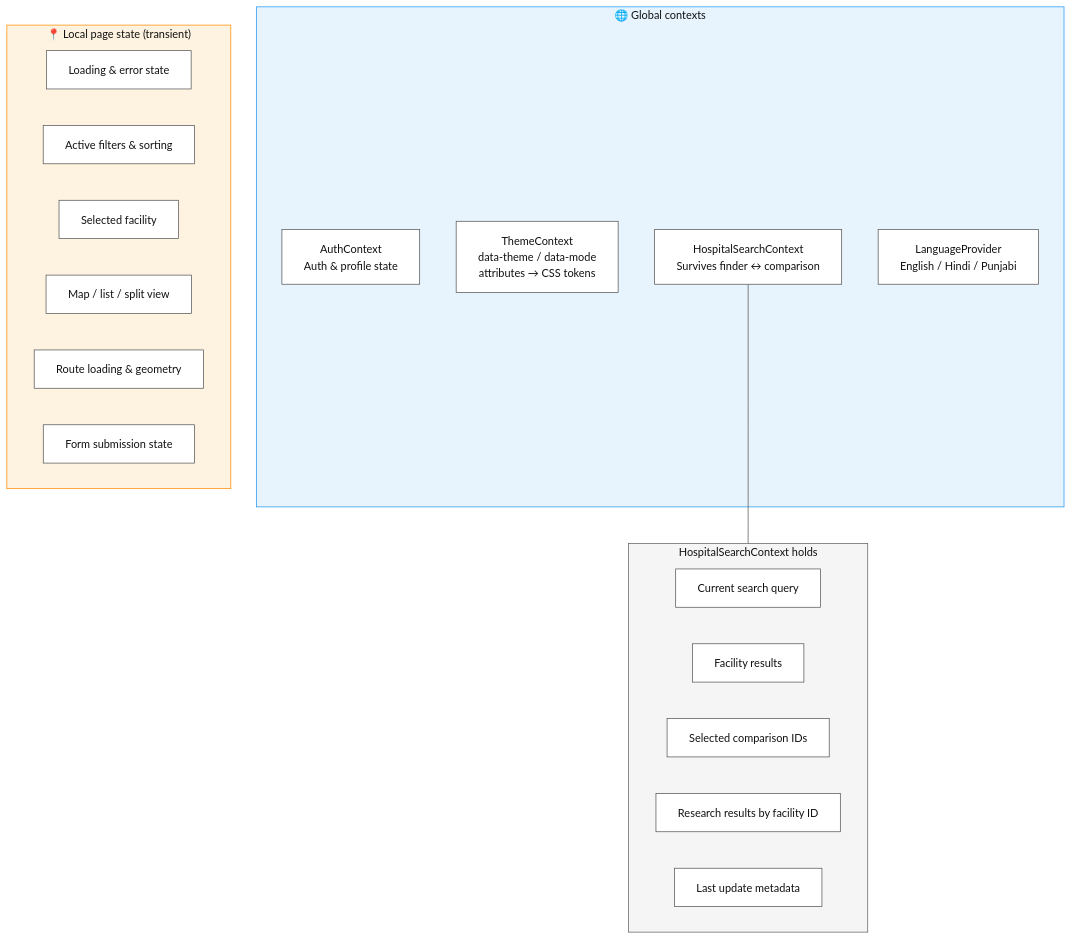
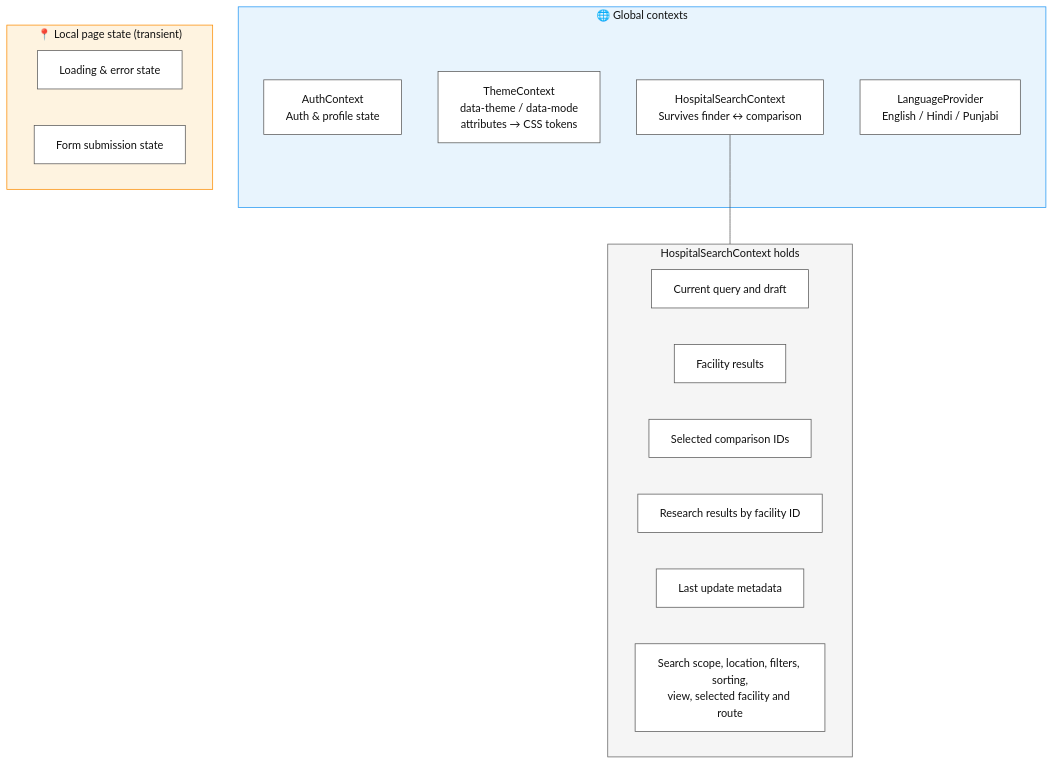
Before and after one commit to vanshkatnor1505/BuiltTechies: the second of 8 diagrams in PROJECT INFORMATION/DATA-FLOW.md, drawn with Mermaid. The commit also changed other lines of this file, not shown here.

Commit message:
feat: enhance HospitalSearchContext description to clarify in-memory state management and persistence

````diff
--- a/PROJECT INFORMATION/DATA-FLOW.md
+++ b/PROJECT INFORMATION/DATA-FLOW.md
@@ -53,33 +53,30 @@
 ```mermaid
 flowchart TB
     %%{init: {'theme':'base', 'themeVariables': {'primaryColor':'#ffffff','primaryTextColor':'#111111','primaryBorderColor':'#555555','lineColor':'#555555','secondaryColor':'#f5f5f5','tertiaryColor':'#ffffff','fontSize':'15px','darkMode':false,'background':'#ffffff'}}}%%
     subgraph Global["🌐 Global contexts"]
         AUTH["AuthContext\nAuth & profile state"]
         THEME["ThemeContext\ndata-theme / data-mode\nattributes → CSS tokens"]
         HSC["HospitalSearchContext\nSurvives finder ↔ comparison"]
         LANG["LanguageProvider\nEnglish / Hindi / Punjabi"]
     end
 
     subgraph HSCDetail["HospitalSearchContext holds"]
-        Q["Current search query"]
+        Q["Current query and draft"]
         FR["Facility results"]
         CID["Selected comparison IDs"]
         RR["Research results by facility ID"]
         META["Last update metadata"]
+        FINDER["Search scope, location, filters, sorting,\nview, selected facility and route"]
     end
 
     subgraph Local["📍 Local page state (transient)"]
         LOAD["Loading & error state"]
-        FILT["Active filters & sorting"]
-        SEL["Selected facility"]
-        VIEW["Map / list / split view"]
-        ROUTE["Route loading & geometry"]
         FORM["Form submission state"]
     end
 
     HSC --- HSCDetail
 
     style Global fill:#e8f4fd,stroke:#2196F3,color:#111111
     style Local fill:#fef3e0,stroke:#FB8C00,color:#111111
     style HSCDetail fill:#f5f5f5,stroke:#616161,color:#111111
 ```
````
